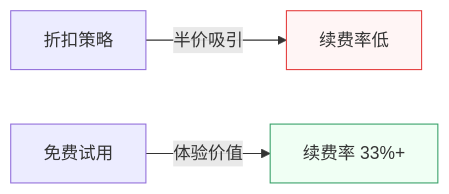
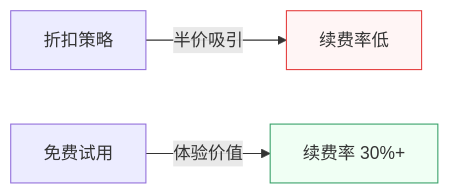
The first of 2 diagrams in src/content/blog/ai-freemium-model.md (belalee-ai/belalee-website), drawn with Mermaid before and after one commit. The commit also changed other lines of this file and 14 other files, not shown here.

```diff
--- a/src/content/blog/ai-freemium-model.md
+++ b/src/content/blog/ai-freemium-model.md
@@ -33,7 +33,7 @@
 <div class="mermaid">
 graph LR
     A["折扣策略"] -->|"半价吸引"| B["续费率低"]
-    C["免费试用"] -->|"体验价值"| D["续费率 33%+"]
+    C["免费试用"] -->|"体验价值"| D["续费率 30%+"]
     style B fill:#fff5f5,stroke:#e53e3e
     style D fill:#f0fff4,stroke:#38a169
 </div>
```
